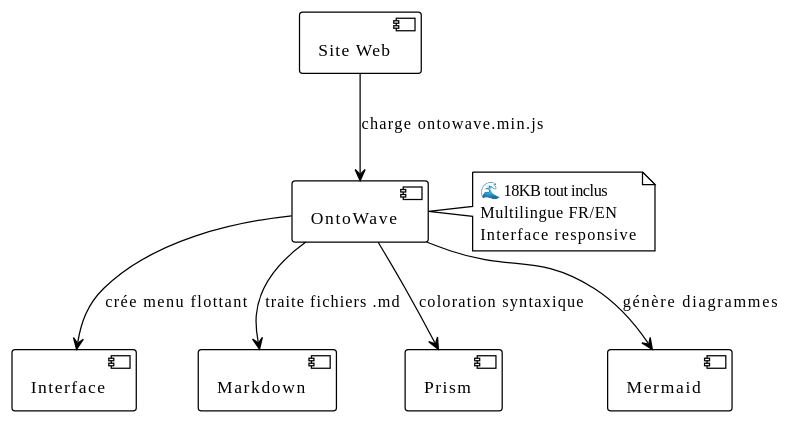
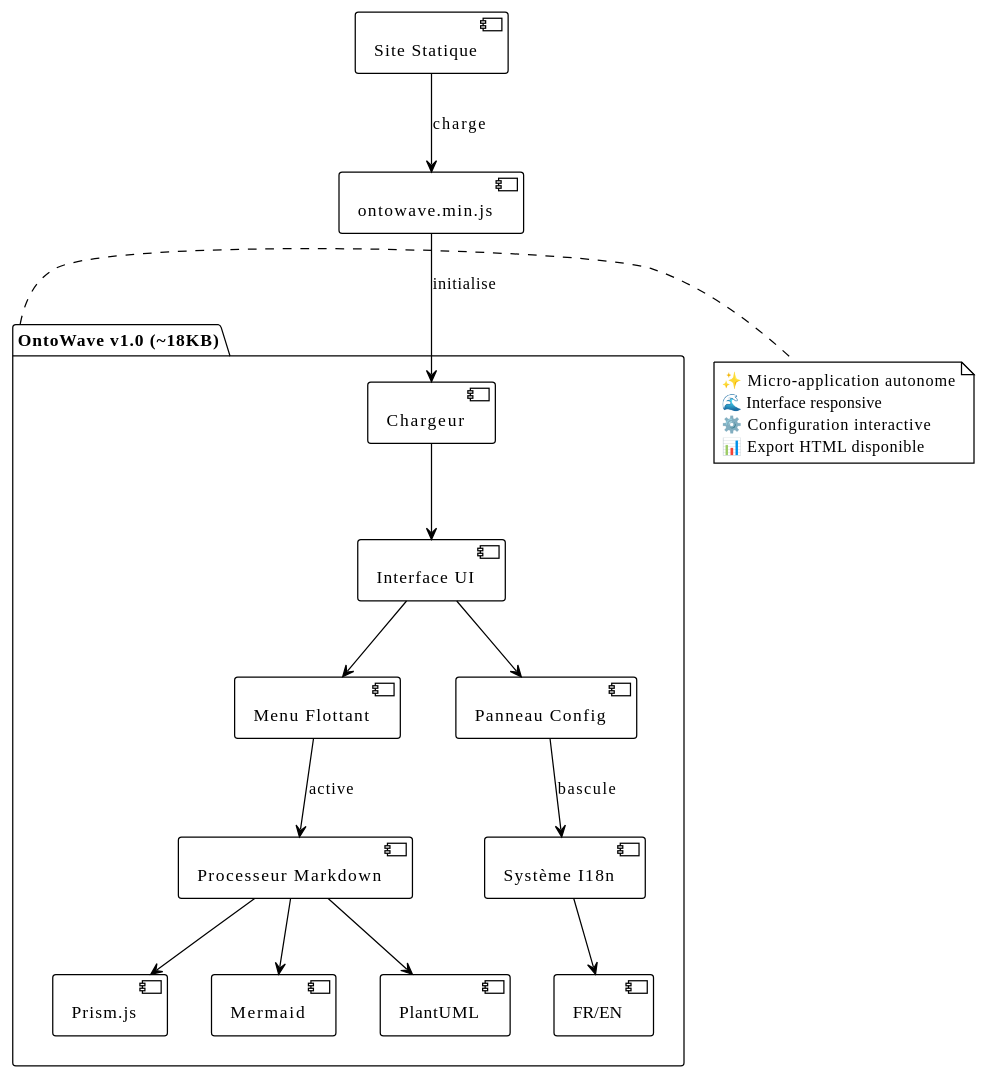
One commit to stephanedenis/OntoWave changed the diagram in docs/index.fr.md. Above: the diagram before and after it, drawn with PlantUML. The commit also changed other lines of this file, not shown here.

````diff
--- a/docs/index.fr.md
+++ b/docs/index.fr.md
@@ -123,18 +36,30 @@
 ```plantuml
 @startuml
 !theme plain
 skinparam backgroundColor transparent
 
-[Site Web] --> [OntoWave] : charge ontowave.min.js
-[OntoWave] --> [Interface] : crée menu flottant
-[OntoWave] --> [Markdown] : traite fichiers .md
-[OntoWave] --> [Prism] : coloration syntaxique
-[OntoWave] --> [Mermaid] : génère diagrammes
+package "OntoWave v1.0 (~18KB)" {
+  [Chargeur] --> [Interface UI]
+  [Interface UI] --> [Menu Flottant]
+  [Interface UI] --> [Panneau Config]
+  
+  [Processeur Markdown] --> [Prism.js]
+  [Processeur Markdown] --> [Mermaid]
+  [Processeur Markdown] --> [PlantUML]
+  
+  [Système I18n] --> [FR/EN]
+}
 
-note right of [OntoWave]
-  🌊 18KB tout inclus
-  Multilingue FR/EN
-  Interface responsive
+[Site Statique] --> [ontowave.min.js] : charge
+[ontowave.min.js] --> [Chargeur] : initialise
+[Menu Flottant] --> [Processeur Markdown] : active
+[Panneau Config] --> [Système I18n] : bascule
+
+note right of [OntoWave v1.0 (~18KB)]
+  ✨ Micro-application autonome
+  🌊 Interface responsive
+  ⚙️ Configuration interactive
+  📊 Export HTML disponible
 end note
 @enduml
 ```
````
